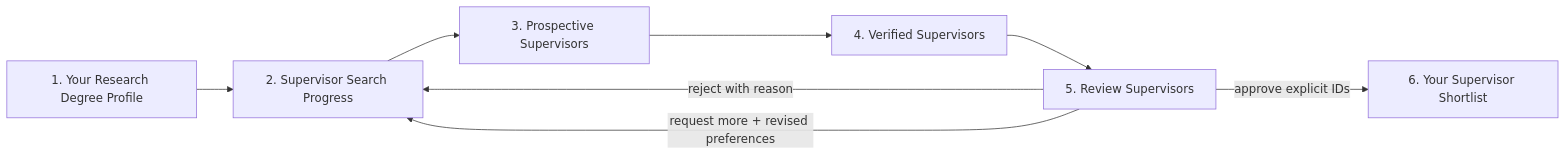
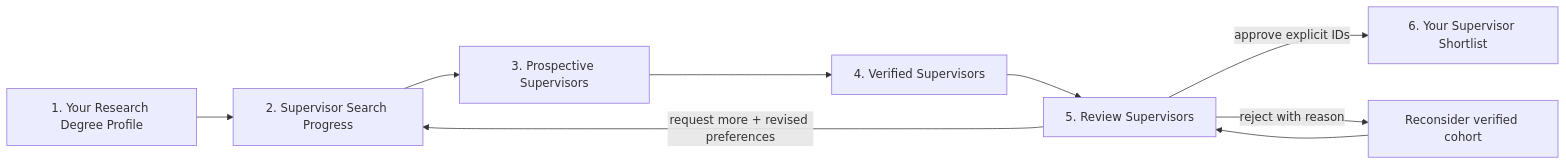
One commit to shanly-rajan/ai-builder changed the second of 35 diagrams in projects/scholar-path/docs/architecture.md. Above: the diagram before and after it, drawn with Mermaid. The commit also changed other lines of this file and 14 other files, not shown here.

Commit message:
fix: reconsider verified shortlist after rejection

````diff
--- a/projects/scholar-path/docs/architecture.md
+++ b/projects/scholar-path/docs/architecture.md
@@ -57,10 +57,11 @@
 ```mermaid
 flowchart LR
     P[1. Your Research Degree Profile] --> X[2. Supervisor Search Progress]
     X --> PS[3. Prospective Supervisors]
     PS --> VS[4. Verified Supervisors]
     VS --> R[5. Review Supervisors]
     R -->|approve explicit IDs| S[6. Your Supervisor Shortlist]
-    R -->|reject with reason| X
+    R -->|reject with reason| RR[Reconsider verified cohort]
+    RR --> R
     R -->|request more + revised preferences| X
 ```
````
